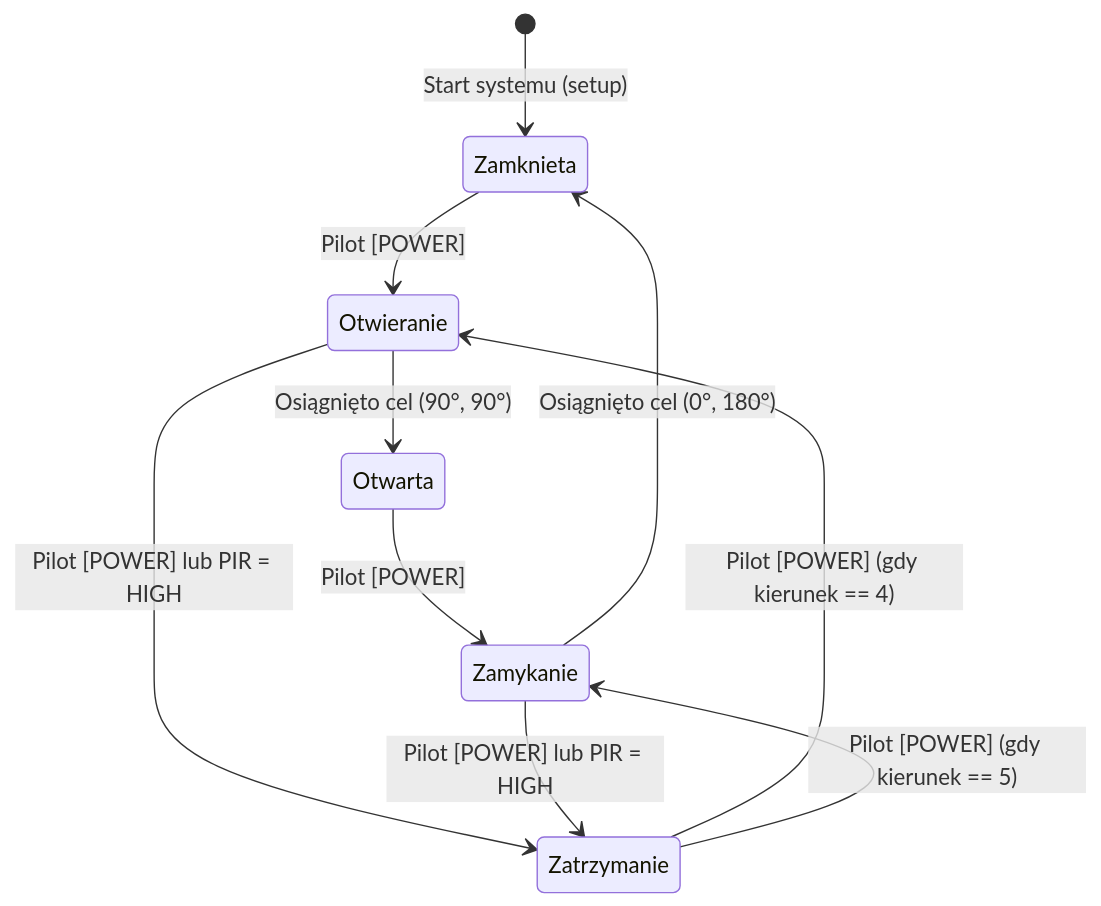
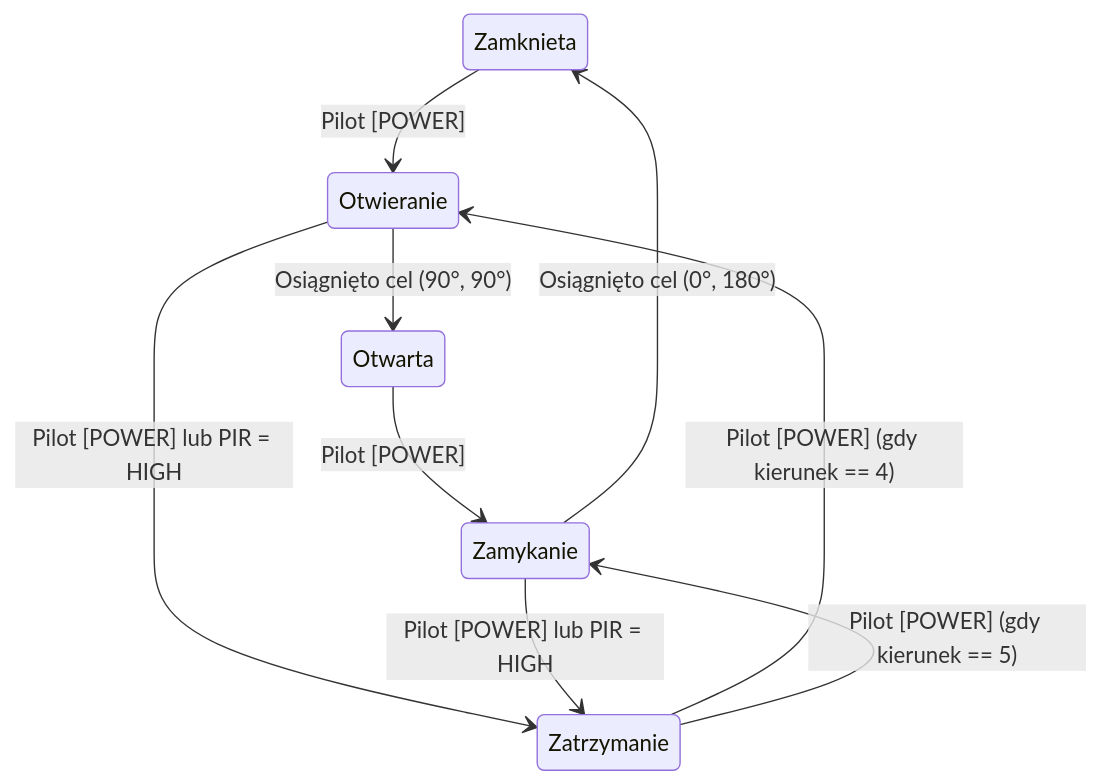
One commit to marcin281/Szkola changed the diagram in mea/brama/README.md. Above: the diagram before and after it, drawn with Mermaid.

````diff
--- a/mea/brama/README.md
+++ b/mea/brama/README.md
@@ -48,15 +48,14 @@
 ```mermaid
 stateDiagram-v2
-    [*] --> Zamknieta : Start systemu (setup)
     
     Zamknieta --> Otwieranie : Pilot [POWER]
     Otwieranie --> Otwarta : Osiągnięto cel (90°, 90°)
     Otwieranie --> Zatrzymanie : Pilot [POWER] lub PIR = HIGH
     
     Otwarta --> Zamykanie : Pilot [POWER]
     Zamykanie --> Zamknieta : Osiągnięto cel (0°, 180°)
     Zamykanie --> Zatrzymanie : Pilot [POWER] lub PIR = HIGH
     
     Zatrzymanie --> Otwieranie : Pilot [POWER] (gdy kierunek == 4)
     Zatrzymanie --> Zamykanie : Pilot [POWER] (gdy kierunek == 5)
 ```
````
